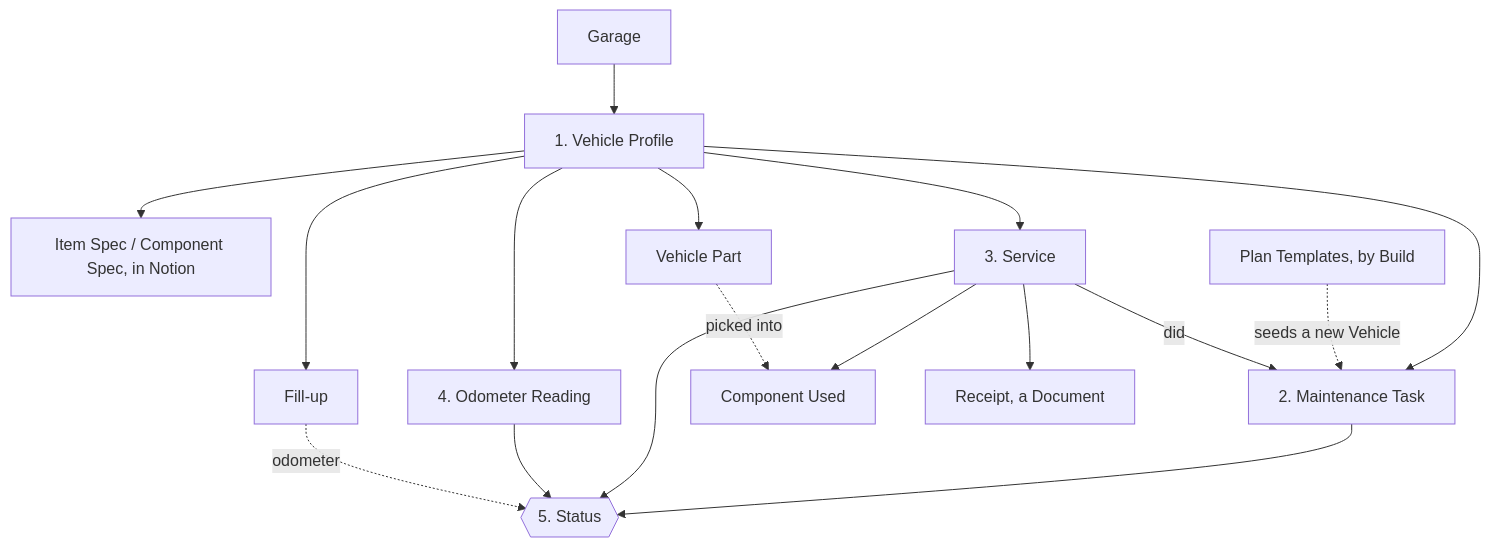
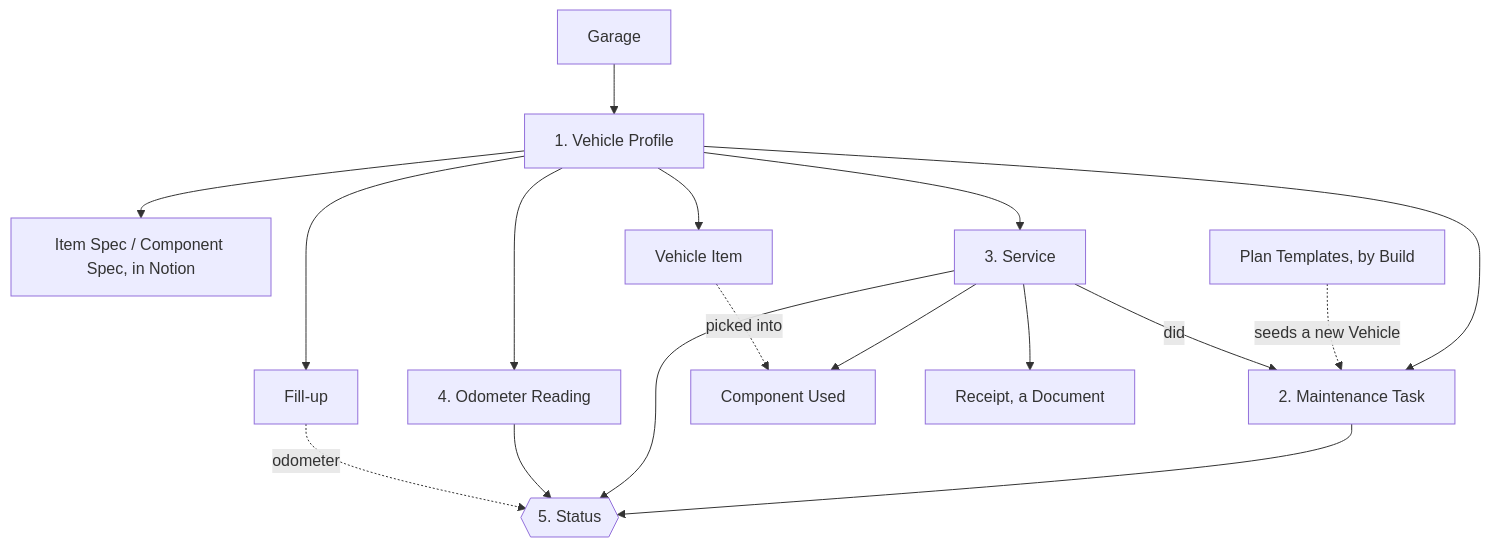
One commit to tmy-code/tmy_garage changed the first of 3 diagrams in docs/data-model.md. Above: the diagram before and after it, drawn with Mermaid. The commit also changed other lines of this file and 33 other files, not shown here.

First line of the commit message:
Rename Vehicle Part to Vehicle Item in code, schema, API and docs (#43)

````diff
--- a/docs/data-model.md
+++ b/docs/data-model.md
@@ -30,19 +30,19 @@
 ```mermaid
 flowchart TD
   Garage --> Vehicle[1. Vehicle Profile]
   Vehicle --> Spec[Item Spec / Component Spec, in Notion]
   Vehicle --> Task[2. Maintenance Task]
   Vehicle --> Service[3. Service]
   Vehicle --> Reading[4. Odometer Reading]
   Vehicle --> Fillup[Fill-up]
   Template[Plan Templates, by Build] -. seeds a new Vehicle .-> Task
   Service -- did --> Task
   Service --> Item[Component Used]
-  Vehicle --> Part[Vehicle Part]
+  Vehicle --> Part[Vehicle Item]
   Part -. picked into .-> Item
   Service --> Receipt[Receipt, a Document]
   Task --> Status{{5. Status}}
   Service --> Status
   Reading --> Status
   Fillup -. odometer .-> Status
 ```
````
